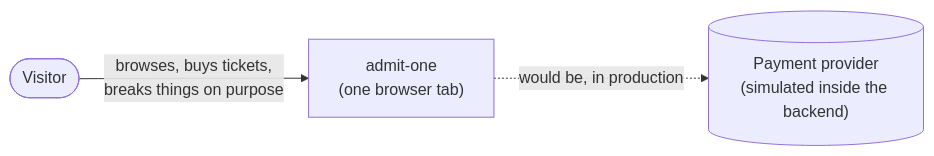
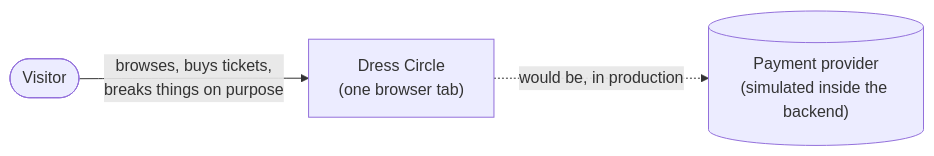
Before and after one commit to kzs2501/admit-one: the first of 4 diagrams in docs/architecture.md, drawn with Mermaid. The commit also changed other lines of this file and 64 other files, not shown here.

First line of the commit message:
feat: rename admit-one to Dress Circle

````diff
--- a/docs/architecture.md
+++ b/docs/architecture.md
@@ -10,5 +10,5 @@
 ```mermaid
 flowchart LR
-  visitor(["Visitor"]) -->|browses, buys tickets,\nbreaks things on purpose| app["admit-one\n(one browser tab)"]
+  visitor(["Visitor"]) -->|browses, buys tickets,\nbreaks things on purpose| app["Dress Circle\n(one browser tab)"]
   app -.->|"would be, in production"| provider[("Payment provider\n(simulated inside the backend)")]
 ```
````
